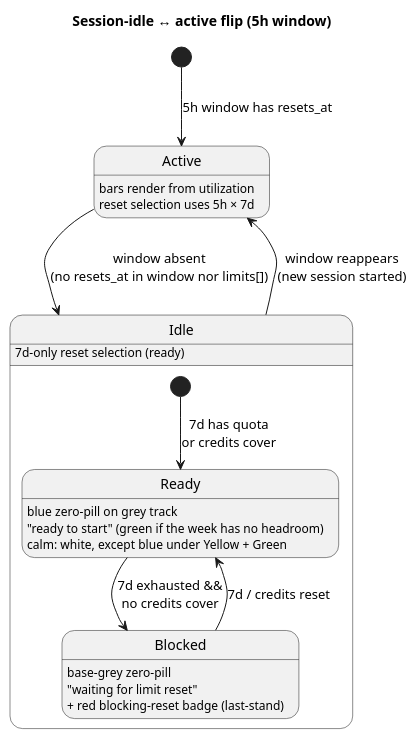
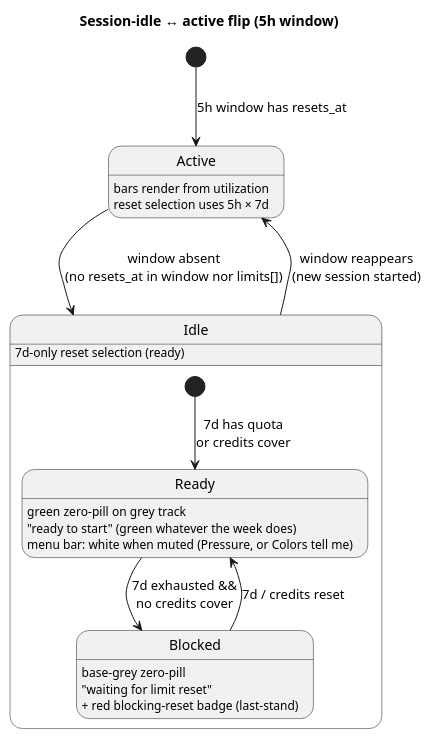
The fifth of 6 diagrams in docs/reference/architecture/data-flow.md (artem-from-ua/tokenpace), drawn with PlantUML before and after one commit. The commit also changed other lines of this file and 71 other files, not shown here.

````diff
--- a/docs/reference/architecture/data-flow.md
+++ b/docs/reference/architecture/data-flow.md
@@ -154,18 +159,18 @@
 ```plantuml
 @startuml
 title Session-idle ↔ active flip (5h window)
 [*] --> Active : 5h window has resets_at
 Active --> Idle : window absent\n(no resets_at in window nor limits[])
 Idle --> Active : window reappears\n(new session started)
 Active : bars render from utilization
 Active : reset selection uses 5h × 7d
 state Idle {
   [*] --> Ready : 7d has quota\nor credits cover
   Ready --> Blocked : 7d exhausted &&\nno credits cover
   Blocked --> Ready : 7d / credits reset
-  Ready : blue zero-pill on grey track\n"ready to start" (green if the week has no headroom)\ncalm: white, except blue under Yellow + Green
+  Ready : green zero-pill on grey track\n"ready to start" (green whatever the week does)\nmenu bar: white when muted (Pressure, or Colors tell me)
   Blocked : base-grey zero-pill\n"waiting for limit reset"\n+ red blocking-reset badge (last-stand)
 }
 Idle : 7d-only reset selection (ready)
 @enduml
 ```
````
